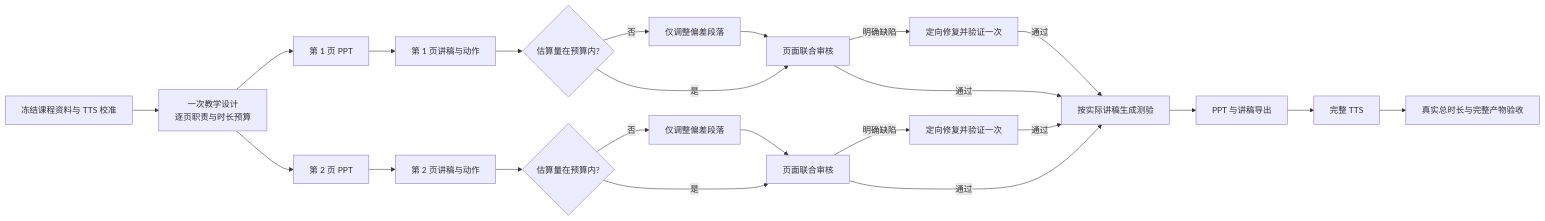
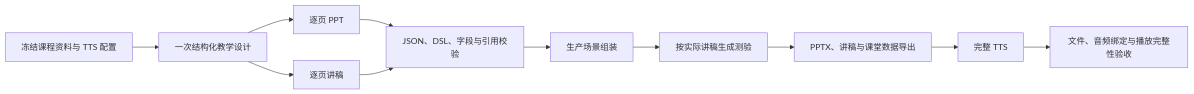
Before and after one commit to 050603/CoTeach: the diagram in tools/course-quality-lab/README.md, drawn with Mermaid. The commit also changed other lines of this file and 98 other files, not shown here.

````diff
--- a/tools/course-quality-lab/README.md
+++ b/tools/course-quality-lab/README.md
@@ -9,25 +9,13 @@
 ```mermaid
 flowchart LR
-  A[冻结课程资料与 TTS 校准] --> B[一次教学设计<br/>逐页职责与时长预算]
-  B --> C1[第 1 页 PPT]
-  B --> C2[第 2 页 PPT]
-  C1 --> D1[第 1 页讲稿与动作]
-  C2 --> D2[第 2 页讲稿与动作]
-  D1 --> E1{估算量在预算内?}
-  D2 --> E2{估算量在预算内?}
-  E1 -- 否 --> F1[仅调整偏差段落]
-  E2 -- 否 --> F2[仅调整偏差段落]
-  E1 -- 是 --> G1[页面联合审核]
-  E2 -- 是 --> G2[页面联合审核]
-  F1 --> G1
-  F2 --> G2
-  G1 -- 明确缺陷 --> H1[定向修复并验证一次]
-  G2 -- 明确缺陷 --> H2[定向修复并验证一次]
-  G1 -- 通过 --> I[按实际讲稿生成测验]
-  G2 -- 通过 --> I
-  H1 -- 通过 --> I
-  H2 -- 通过 --> I
-  I --> J[PPT 与讲稿导出]
-  J --> K[完整 TTS]
-  K --> L[真实总时长与完整产物验收]
+  A[冻结课程资料与 TTS 配置] --> B[一次结构化教学设计]
+  B --> C1[逐页 PPT]
+  B --> C2[逐页讲稿]
+  C1 --> D[JSON、DSL、字段与引用校验]
+  C2 --> D
+  D --> E[生产场景组装]
+  E --> F[按实际讲稿生成测验]
+  F --> G[PPTX、讲稿与课堂数据导出]
+  G --> H[完整 TTS]
+  H --> I[文件、音频绑定与播放完整性验收]
 ```
````
